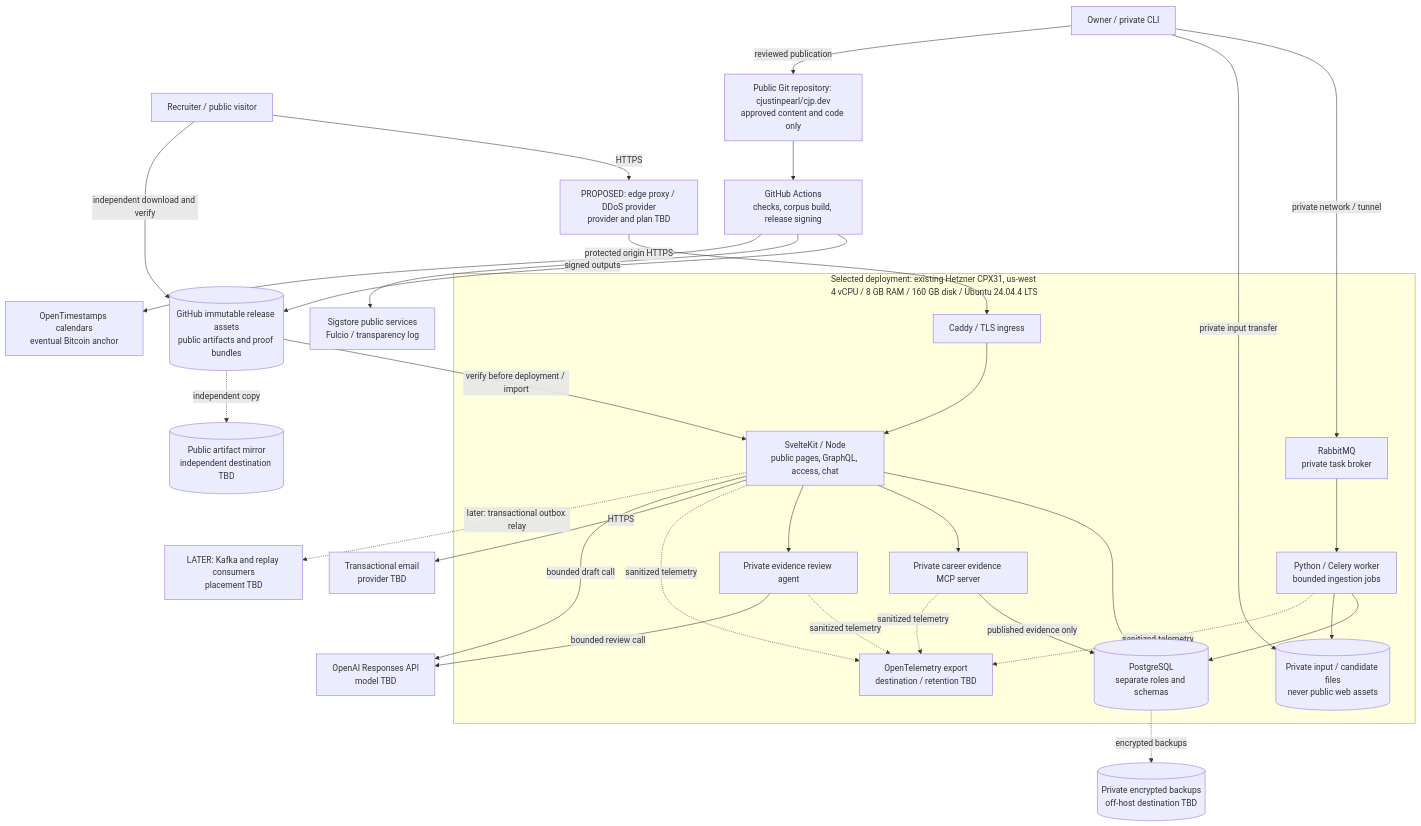
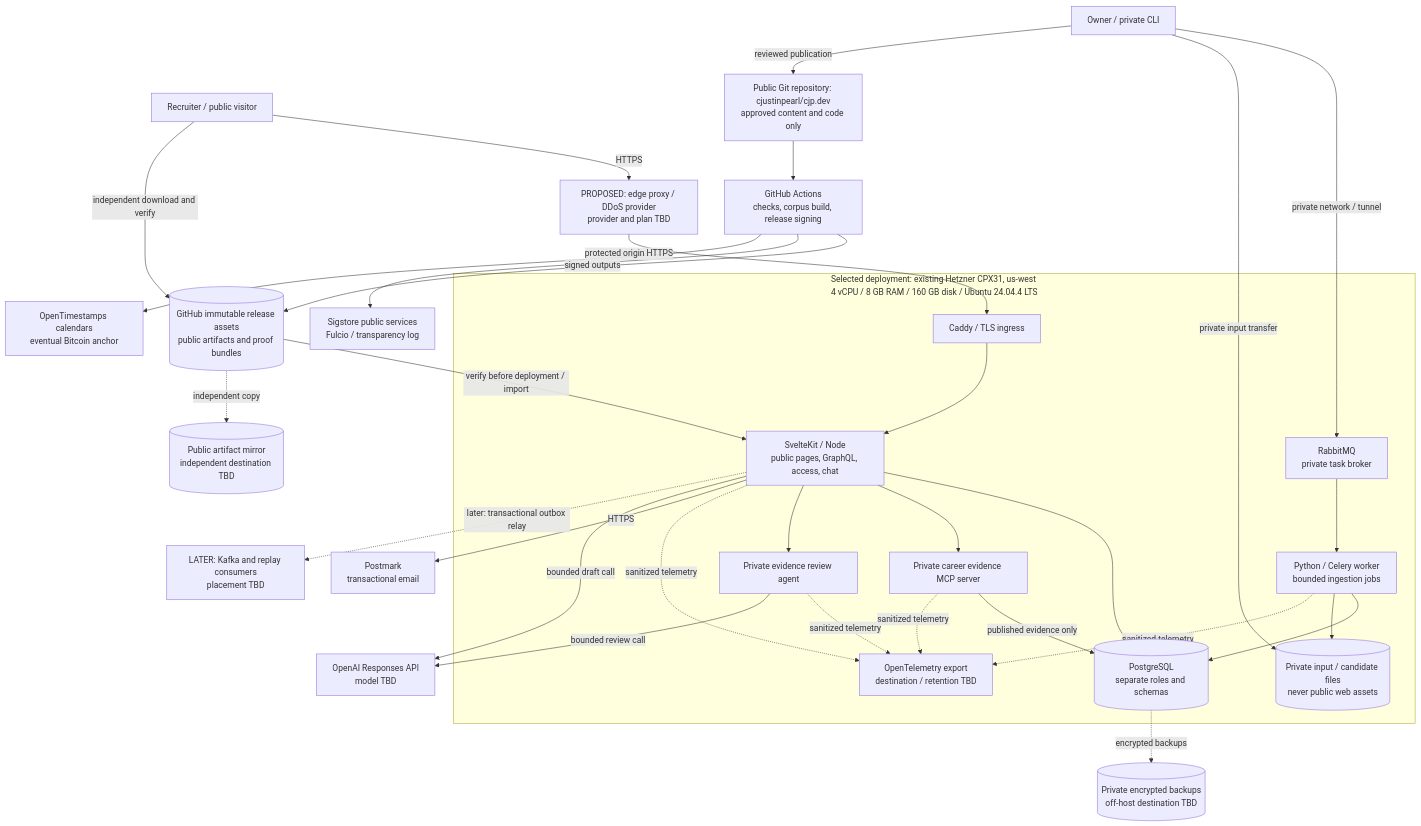
One commit to cjustinpearl/cjp.dev changed the first of 5 diagrams in docs/architecture.md. Above: the diagram before and after it, drawn with Mermaid. The commit also changed other lines of this file and 6 other files, not shown here.

````diff
--- a/docs/architecture.md
+++ b/docs/architecture.md
@@ -17,56 +23,56 @@
 ```mermaid
 flowchart TB
   V["Recruiter / public visitor"]
   O["Owner / private CLI"]
   E["PROPOSED: edge proxy / DDoS provider<br/>provider and plan TBD"]
   subgraph HOST["Selected deployment: existing Hetzner CPX31, us-west<br/>4 vCPU / 8 GB RAM / 160 GB disk / Ubuntu 24.04.4 LTS"]
     C["Caddy / TLS ingress"]
     W["SvelteKit / Node<br/>public pages, GraphQL, access, chat"]
     P[("PostgreSQL<br/>separate roles and schemas")]
     R["RabbitMQ<br/>private task broker"]
     PY["Python / Celery worker<br/>bounded ingestion jobs"]
     F[("Private input / candidate files<br/>never public web assets")]
     MCP["Private career evidence MCP server"]
     REVIEW["Private evidence review agent"]
     T["OpenTelemetry export<br/>destination / retention TBD"]
     C --> W
     W --> P
     W --> MCP
     W --> REVIEW
     MCP -->|published evidence only| P
     MCP -. "sanitized telemetry" .-> T
     REVIEW -. "sanitized telemetry" .-> T
     R --> PY
     PY --> P
     PY --> F
     W -. "sanitized telemetry" .-> T
     PY -. "sanitized telemetry" .-> T
   end
   G["Public Git repository: cjustinpearl/cjp.dev<br/>approved content and code only"]
   CI["GitHub Actions<br/>checks, corpus build, release signing"]
   A[("GitHub immutable release assets<br/>public artifacts and proof bundles")]
   BACK[("Private encrypted backups<br/>off-host destination TBD")]
   MIRROR[("Public artifact mirror<br/>independent destination TBD")]
   SIG["Sigstore public services<br/>Fulcio / transparency log"]
   OTS["OpenTimestamps calendars<br/>eventual Bitcoin anchor"]
-  MAIL["Transactional email<br/>provider TBD"]
+  MAIL["Postmark<br/>transactional email"]
   LLM["OpenAI Responses API<br/>model TBD"]
   K["LATER: Kafka and replay consumers<br/>placement TBD"]
   V -->|HTTPS| E
   E -->|protected origin HTTPS| C
   O -->|private network / tunnel| R
   O -->|private input transfer| F
   O -->|reviewed publication| G
   G --> CI
   CI -->|signed outputs| A
   CI --> SIG
   CI --> OTS
   A -->|verify before deployment / import| W
   P -. "encrypted backups" .-> BACK
   A -. "independent copy" .-> MIRROR
   W -->|HTTPS| MAIL
   W -->|bounded draft call| LLM
   REVIEW -->|bounded review call| LLM
   W -. "later: transactional outbox relay" .-> K
   V -->|independent download and verify| A
 ```
````
